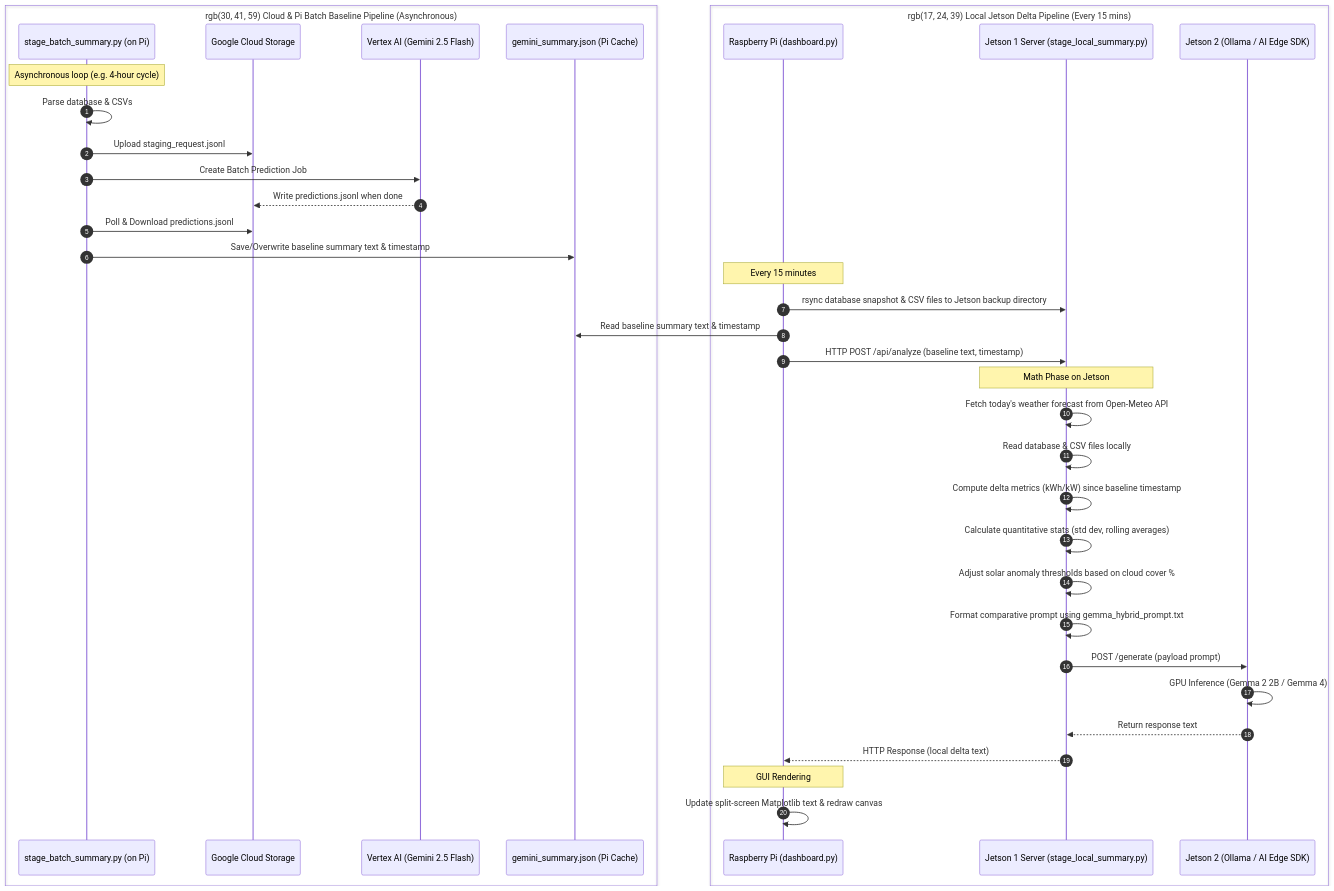
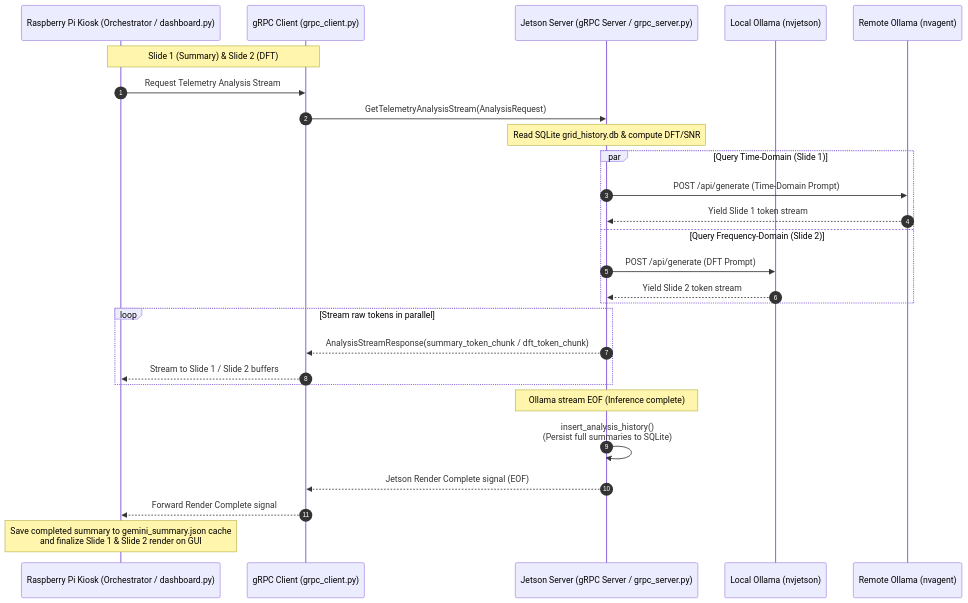
The second of 2 diagrams in README.md (smichalove/rainforest-emu2-grid-dashboard), drawn with Mermaid before and after one commit. The commit also changed other lines of this file and 24 other files, not shown here.

Commit message:
Refactor: Separated stager prompts, externalized gemma_agent_prompt.txt, defined PSE Flex event battery signals, and enabled sequential gRPC token streaming.

````diff
--- a/README.md
+++ b/README.md
@@ -157,48 +311,34 @@
 ```mermaid
 sequenceDiagram
     autonumber
+    participant Pi as Raspberry Pi Kiosk (Orchestrator / dashboard.py)
+    participant Client as gRPC Client (grpc_client.py)
+    participant Server as Jetson Server (gRPC Server / grpc_server.py)
+    participant OllamaLocal as Local Ollama (nvjetson)
+    participant OllamaRemote as Remote Ollama (nvagent)
+
+    Note over Pi, Client: Slide 1 (Summary) & Slide 2 (DFT)
+    Pi->>Client: Request Telemetry Analysis Stream
+    Client->>Server: GetTelemetryAnalysisStream(AnalysisRequest)
     
-    box rgb(30, 41, 59) Cloud & Pi Batch Baseline Pipeline (Asynchronous)
-    participant Stager as stage_batch_summary.py (on Pi)
-    participant GCS as Google Cloud Storage
-    participant Vertex as Vertex AI (Gemini 2.5 Flash)
-    participant Cache as gemini_summary.json (Pi Cache)
+    Note over Server: Read SQLite grid_history.db & compute DFT/SNR
+    
+    par Query Time-Domain (Slide 1)
+        Server->>OllamaRemote: POST /api/generate (Time-Domain Prompt)
+        OllamaRemote-->>Server: Yield Slide 1 token stream
+    and Query Frequency-Domain (Slide 2)
+        Server->>OllamaLocal: POST /api/generate (DFT Prompt)
+        OllamaLocal-->>Server: Yield Slide 2 token stream
     end
     
-    box rgb(17, 24, 39) Local Jetson Delta Pipeline (Every 15 mins)
-    participant Pi as Raspberry Pi (dashboard.py)
-    participant JS as Jetson 1 Server (stage_local_summary.py)
-    participant J2 as Jetson 2 (Ollama / AI Edge SDK)
+    loop Stream raw tokens in parallel
+        Server-->>Client: AnalysisStreamResponse(summary_token_chunk / dft_token_chunk)
+        Client-->>Pi: Stream to Slide 1 / Slide 2 buffers
     end
-
-    %% Cloud Batch Flow
-    Note over Stager: Asynchronous loop (e.g. 4-hour cycle)
-    Stager->>Stager: Parse database & CSVs
-    Stager->>GCS: Upload staging_request.jsonl
-    Stager->>Vertex: Create Batch Prediction Job
-    Vertex-->>GCS: Write predictions.jsonl when done
-    Stager->>GCS: Poll & Download predictions.jsonl
-    Stager->>Cache: Save/Overwrite baseline summary text & timestamp
     
-    %% Local Delta Flow
-    Note over Pi: Every 15 minutes
-    Pi->>JS: rsync database snapshot & CSV files to Jetson backup directory
-    Pi->>Cache: Read baseline summary text & timestamp
-    Pi->>JS: HTTP POST /api/analyze (baseline text, timestamp)
-    
-    Note over JS: Math Phase on Jetson
-    JS->>JS: Fetch today's weather forecast from Open-Meteo API
-    JS->>JS: Read database & CSV files locally
-    JS->>JS: Compute delta metrics (kWh/kW) since baseline timestamp
-    JS->>JS: Calculate quantitative stats (std dev, rolling averages)
-    JS->>JS: Adjust solar anomaly thresholds based on cloud cover %
-    JS->>JS: Format comparative prompt using gemma_hybrid_prompt.txt
-    
-    JS->>J2: POST /generate (payload prompt)
-    J2->>J2: GPU Inference (Gemma 2 2B / Gemma 4)
-    J2-->>JS: Return response text
-    
-    JS-->>Pi: HTTP Response (local delta text)
-    Note over Pi: GUI Rendering
-    Pi->>Pi: Update split-screen Matplotlib text & redraw canvas
+    Note over Server: Ollama stream EOF (Inference complete)
+    Server->>Server: insert_analysis_history()<br/>(Persist full summaries to SQLite)
+    Server-->>Client: Jetson Render Complete signal (EOF)
+    Client-->>Pi: Forward Render Complete signal
+    Note over Pi: Save completed summary to gemini_summary.json cache<br/>and finalize Slide 1 & Slide 2 render on GUI
 ```
````
